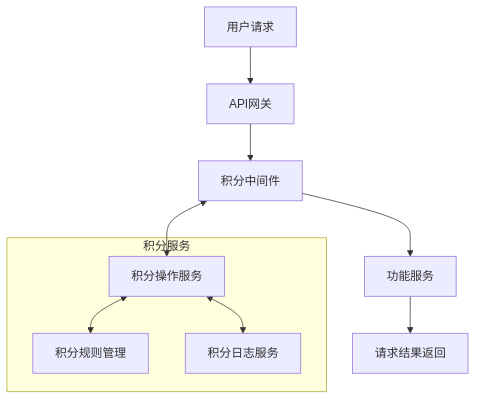
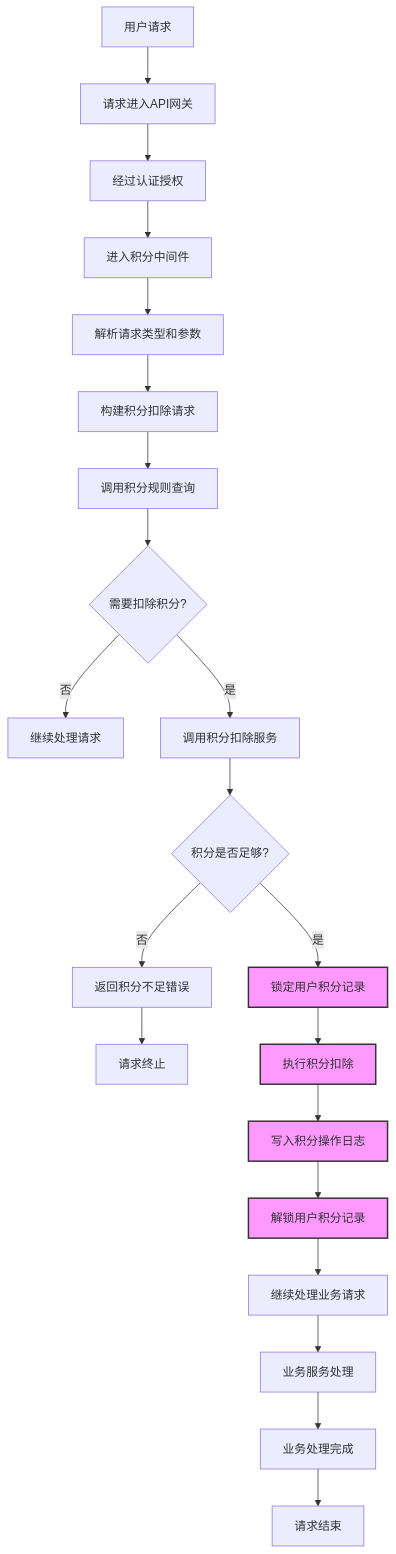
One commit to yingjianzh/iodraw-files changed the diagram in all/未命名-65.md. Above: the diagram before and after it, drawn with Mermaid.

Commit message:
2025-05-22 15:36:16 update

````diff
--- a/all/未命名-65.md
+++ b/all/未命名-65.md
@@ -1,17 +1,34 @@
 ```mermaid
 flowchart TD
-    A[用户请求] --> B[API网关]
-    B --> C[积分中间件]
-    C --> D[功能服务]
-    D --> E[请求结果返回]
+    A[用户请求] --> B[请求进入API网关]
+    B --> C[经过认证授权]
+    C --> D[进入积分中间件]
     
-    subgraph 积分服务
-    F[积分规则管理]
-    G[积分操作服务]
-    H[积分日志服务]
-    end
+    D --> E[解析请求类型和参数]
+    E --> F[构建积分扣除请求]
+    F --> G[调用积分规则查询]
     
-    C <--> G
-    G <--> F
-    G <--> H
+    G --> H{需要扣除积分?}
+    H -->|否| I[继续处理请求]
+    
+    H -->|是| J[调用积分扣除服务]
+    J --> K{积分是否足够?}
+    
+    K -->|否| L[返回积分不足错误]
+    L --> M[请求终止]
+    
+    K -->|是| N[锁定用户积分记录]
+    N --> O[执行积分扣除]
+    O --> P[写入积分操作日志]
+    P --> Q[解锁用户积分记录]
+    
+    Q --> R[继续处理业务请求]
+    R --> S[业务服务处理]
+    S --> T[业务处理完成]
+    T --> U[请求结束]
+    
+    style N fill:#f9f,stroke:#333,stroke-width:2px
+    style O fill:#f9f,stroke:#333,stroke-width:2px
+    style P fill:#f9f,stroke:#333,stroke-width:2px
+    style Q fill:#f9f,stroke:#333,stroke-width:2px
 ```
````
